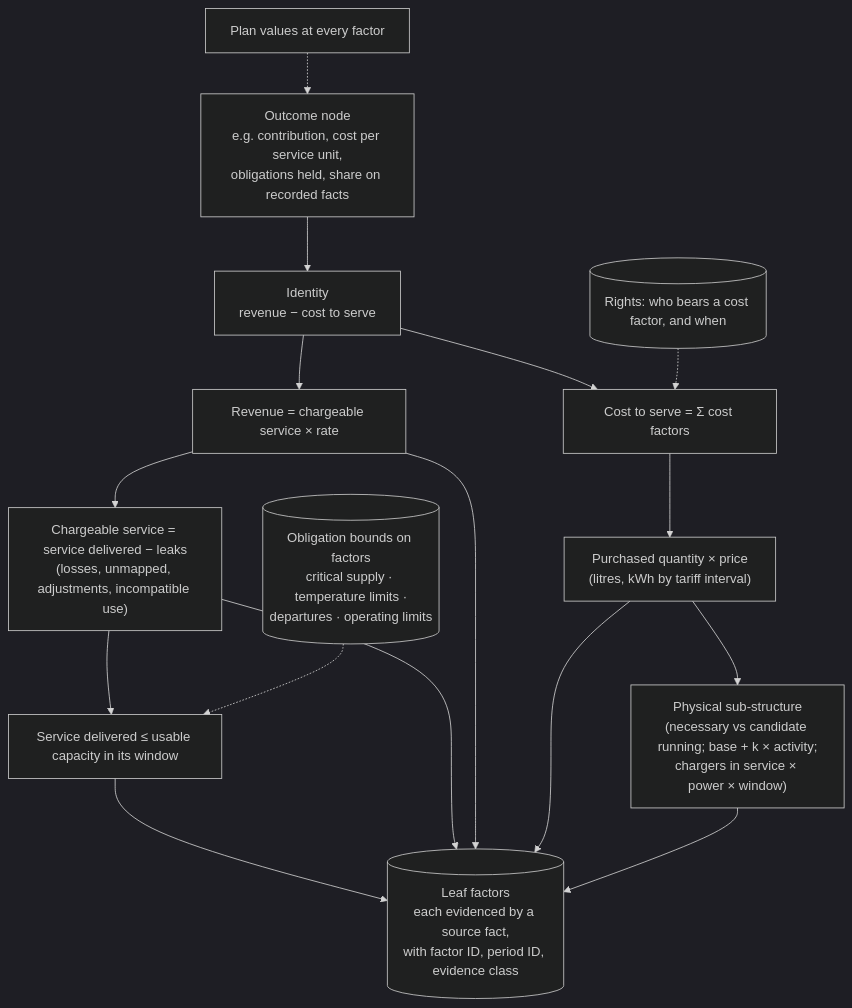
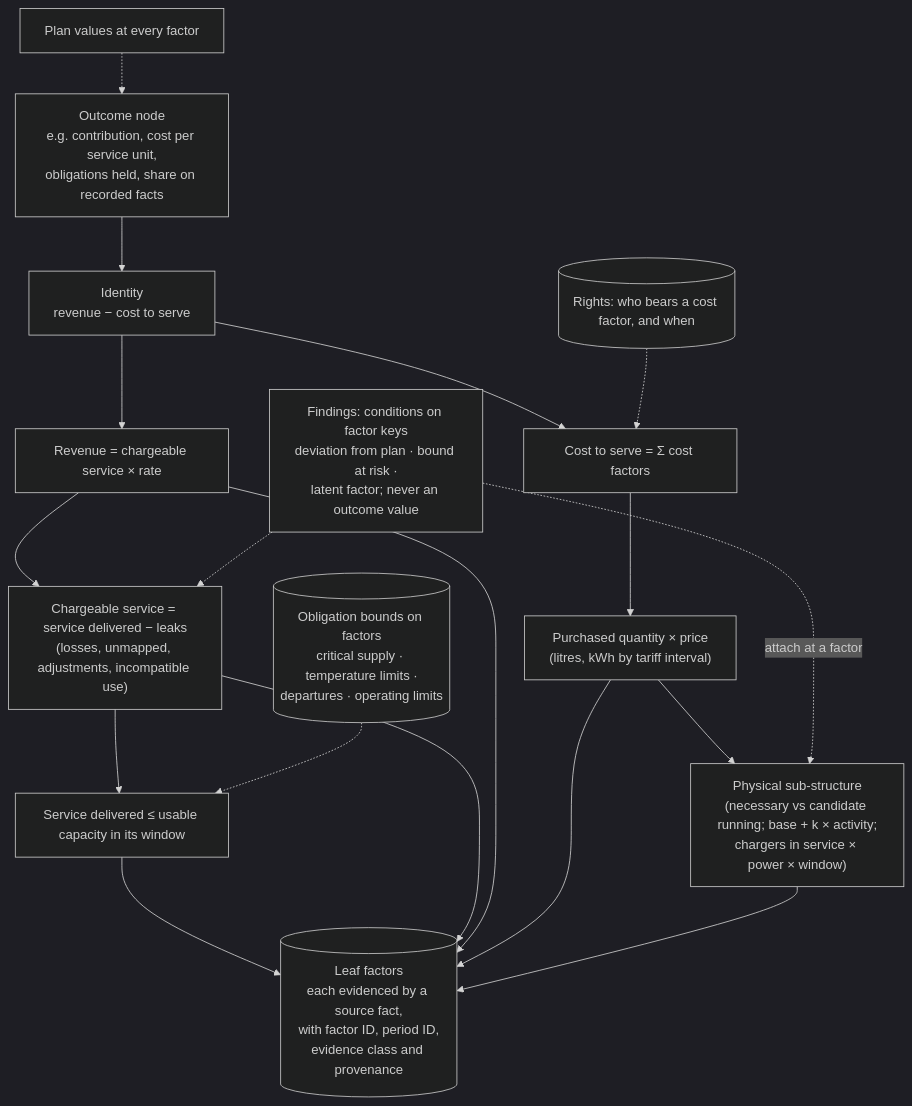
One commit to bineyame/AssetOpsV1 changed the second of 4 diagrams in Docs/demo-sprint/product-direction-layer4/layer4-transformation-design.md. Above: the diagram before and after it, drawn with Mermaid (dark theme). The commit also changed other lines of this file and 9 other files, not shown here.

First line of the commit message:
Layer 4 pack: rev 4 diagrams; combined-review fixes GL1-GL3, GM2

````diff
--- a/Docs/demo-sprint/product-direction-layer4/layer4-transformation-design.md
+++ b/Docs/demo-sprint/product-direction-layer4/layer4-transformation-design.md
@@ -95,14 +96,16 @@
 ```mermaid
 flowchart TB
   OUT["Outcome node<br/>e.g. contribution, cost per service unit,<br/>obligations held, share on recorded facts"] --> ID["Identity<br/>revenue − cost to serve"]
   ID --> REV["Revenue = chargeable service × rate"]
   ID --> CST["Cost to serve = Σ cost factors"]
   REV --> CHG["Chargeable service = service delivered − leaks<br/>(losses, unmapped, adjustments, incompatible use)"]
   CHG --> SRV["Service delivered ≤ usable capacity in its window"]
   CST --> QTY["Purchased quantity × price<br/>(litres, kWh by tariff interval)"]
   QTY --> PHY["Physical sub-structure<br/>(necessary vs candidate running; base + k × activity;<br/>chargers in service × power × window)"]
-  SRV & CHG & REV & QTY & PHY --> LEAF[("Leaf factors<br/>each evidenced by a source fact,<br/>with factor ID, period ID, evidence class")]
+  SRV & CHG & REV & QTY & PHY --> LEAF[("Leaf factors<br/>each evidenced by a source fact,<br/>with factor ID, period ID,<br/>evidence class and provenance")]
   PLAN["Plan values at every factor"] -.-> OUT
   BND[("Obligation bounds on factors<br/>critical supply · temperature limits ·<br/>departures · operating limits")] -.-> SRV
   RGT[("Rights: who bears a cost factor, and when")] -.-> CST
+  FND["Findings: conditions on factor keys<br/>deviation from plan · bound at risk ·<br/>latent factor; never an outcome value"] -. "attach at a factor" .-> PHY
+  FND -.-> CHG
 ```
````
